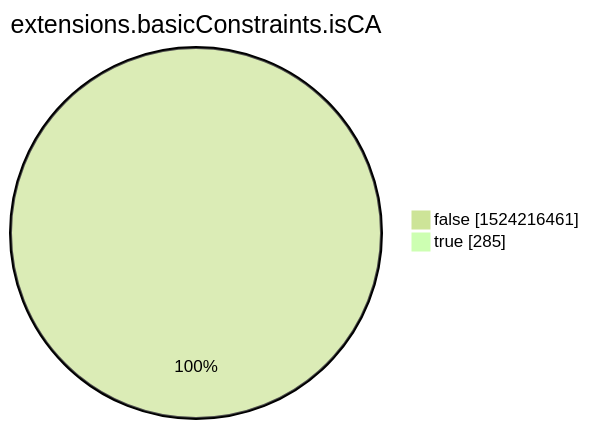
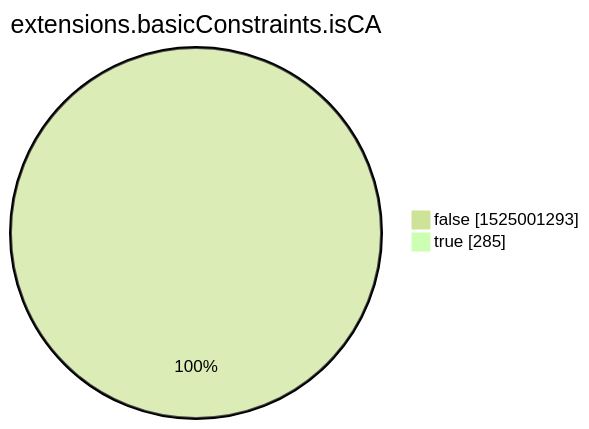
The eighth of 15 diagrams in xenon2022/README.md (christiankrug/ctmonitor_visualization), drawn with Mermaid (forest theme) before and after one commit. The commit also changed other lines of this file, not shown here.

````diff
--- a/xenon2022/README.md
+++ b/xenon2022/README.md
@@ -2857,6 +2857,6 @@
 ```mermaid
 pie showData
 title extensions.basicConstraints.isCA
-"false" :1524216461
+"false" :1525001293
 "true" :285
 ```
````
